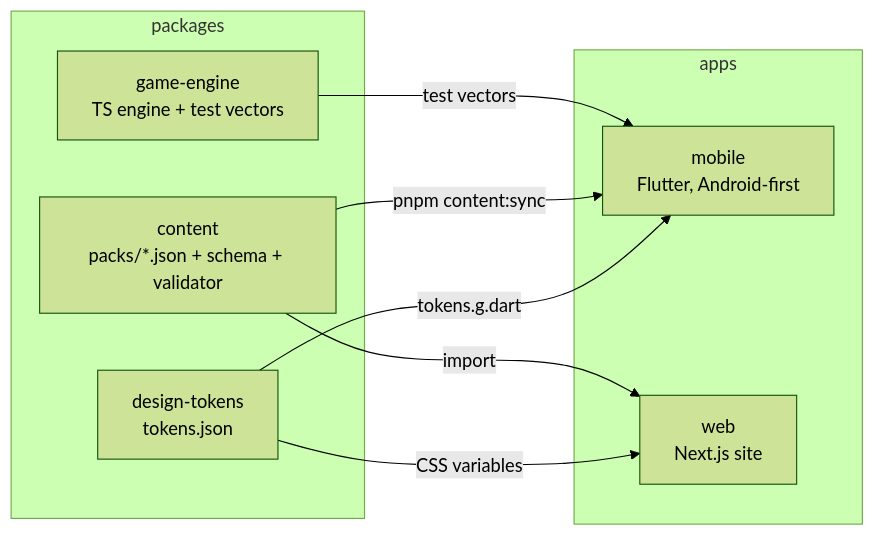
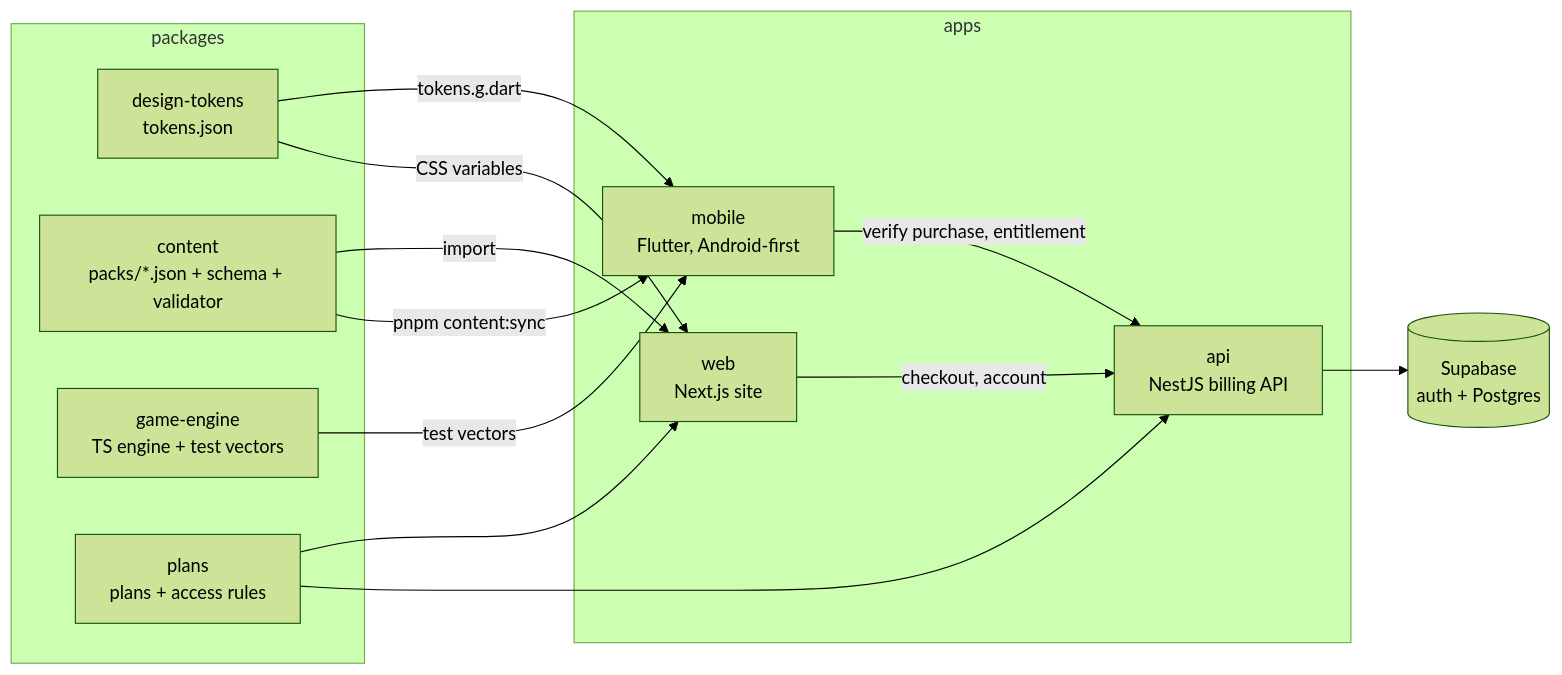
One commit to SiddharthRana/MirthMix changed the diagram in README.md. Above: the diagram before and after it, drawn with Mermaid (forest theme). The commit also changed other lines of this file and 6 other files, not shown here.

````diff
--- a/README.md
+++ b/README.md
@@ -9,17 +9,25 @@
 ```mermaid
 flowchart LR
   subgraph packages
     tokens[design-tokens<br/>tokens.json]
     content[content<br/>packs/*.json + schema + validator]
     engine[game-engine<br/>TS engine + test vectors]
+    plans[plans<br/>plans + access rules]
   end
   subgraph apps
     mobile[mobile<br/>Flutter, Android-first]
     web[web<br/>Next.js site]
+    api[api<br/>NestJS billing API]
   end
+  db[(Supabase<br/>auth + Postgres)]
   tokens -- CSS variables --> web
   tokens -- tokens.g.dart --> mobile
   content -- pnpm content:sync --> mobile
   content -- import --> web
   engine -- test vectors --> mobile
+  plans --> api
+  plans --> web
+  mobile -- verify purchase, entitlement --> api
+  web -- checkout, account --> api
+  api --> db
 ```
````
